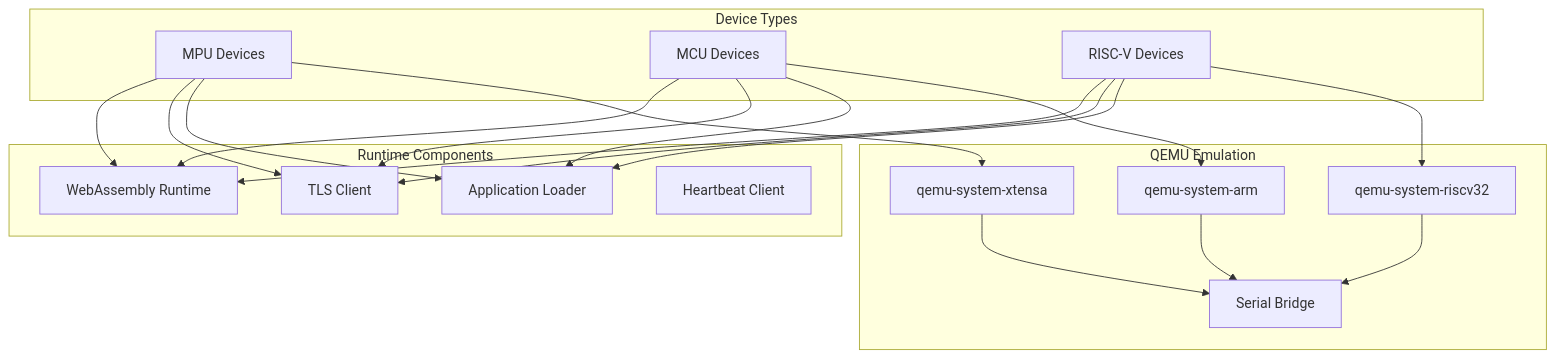
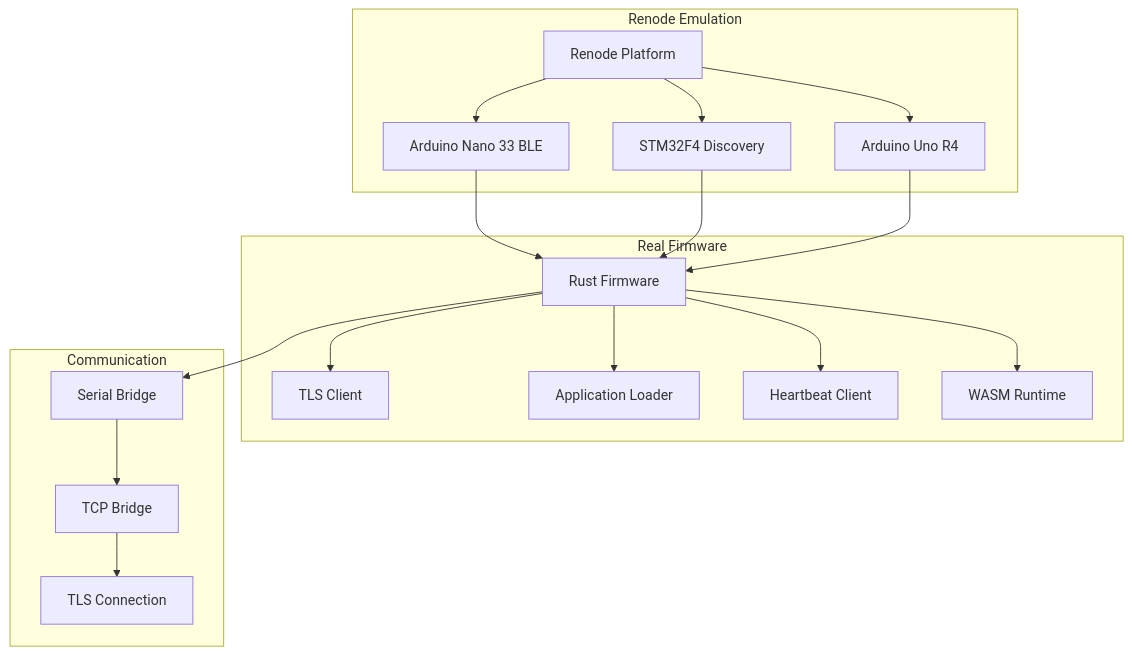
One commit to lucadagati/retrospect changed the fourth of 4 diagrams in retrospect/docs/architecture/system-overview.md. Above: the diagram before and after it, drawn with Mermaid. The commit also changed other lines of this file and 48 other files, not shown here.

````diff
--- a/retrospect/docs/architecture/system-overview.md
+++ b/retrospect/docs/architecture/system-overview.md
@@ -229,42 +186,40 @@
 ```mermaid
 graph TB
-    subgraph "Device Types"
-        MPU[MPU Devices]
-        MCU[MCU Devices]
-        RISCV[RISC-V Devices]
+    subgraph "Renode Emulation"
+        RENODE[Renode Platform]
+        ARDUINO[Arduino Nano 33 BLE]
+        STM32[STM32F4 Discovery]
+        UNO[Arduino Uno R4]
     end
     
-    subgraph "Runtime Components"
-        WASM_RT[WebAssembly Runtime]
+    subgraph "Real Firmware"
+        FIRMWARE[Rust Firmware]
         TLS_CLI[TLS Client]
         APP_LOADER[Application Loader]
         HB_CLIENT[Heartbeat Client]
+        WASM_RT[WASM Runtime]
     end
     
-    subgraph "QEMU Emulation"
-        QEMU_RISCV[qemu-system-riscv32]
-        QEMU_ARM[qemu-system-arm]
-        QEMU_XTENSA[qemu-system-xtensa]
+    subgraph "Communication"
         SERIAL_BRIDGE[Serial Bridge]
+        TCP_BRIDGE[TCP Bridge]
+        TLS_CONN[TLS Connection]
     end
     
-    MPU --> WASM_RT
-    MCU --> WASM_RT
-    RISCV --> WASM_RT
+    RENODE --> ARDUINO
+    RENODE --> STM32
+    RENODE --> UNO
     
-    MPU --> TLS_CLI
-    MCU --> TLS_CLI
-    RISCV --> TLS_CLI
+    ARDUINO --> FIRMWARE
+    STM32 --> FIRMWARE
+    UNO --> FIRMWARE
     
-    MPU --> APP_LOADER
-    MCU --> APP_LOADER
-    RISCV --> APP_LOADER
+    FIRMWARE --> TLS_CLI
+    FIRMWARE --> APP_LOADER
+    FIRMWARE --> HB_CLIENT
+    FIRMWARE --> WASM_RT
     
-    RISCV --> QEMU_RISCV
-    MCU --> QEMU_ARM
-    MPU --> QEMU_XTENSA
-    
-    QEMU_RISCV --> SERIAL_BRIDGE
-    QEMU_ARM --> SERIAL_BRIDGE
-    QEMU_XTENSA --> SERIAL_BRIDGE
+    FIRMWARE --> SERIAL_BRIDGE
+    SERIAL_BRIDGE --> TCP_BRIDGE
+    TCP_BRIDGE --> TLS_CONN
 ```
````
